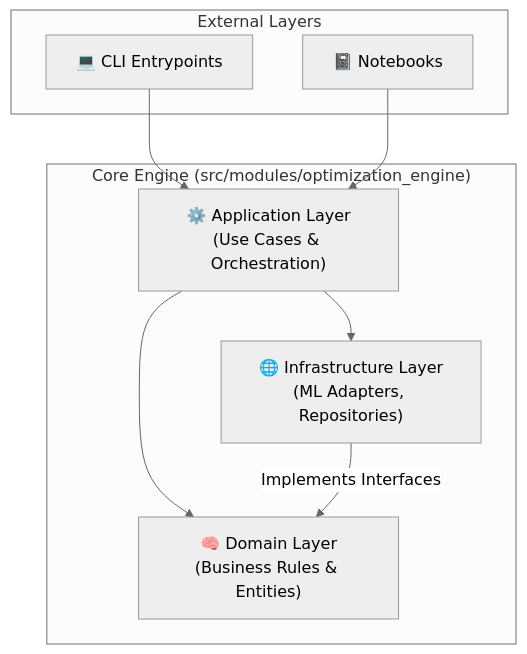
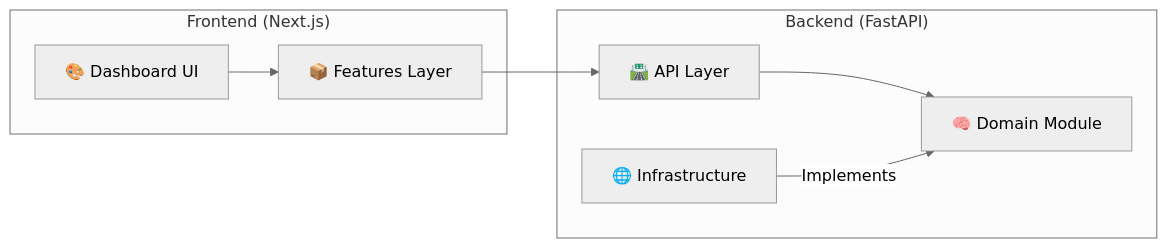
Before and after one commit to Nicola-Ibrahim/Tracing-Objectives-Backwards: the diagram in README.md, drawn with Mermaid (neutral theme). The commit also changed other lines of this file and 15 other files, not shown here.

````diff
--- a/README.md
+++ b/README.md
@@ -44,19 +45,18 @@
 ```mermaid
-graph TD
-    subgraph "External Layers"
-        CLI["💻 CLI Entrypoints"]
-        NB["📓 Notebooks"]
+graph LR
+    subgraph "Frontend (Next.js)"
+        UI["🎨 Dashboard UI"]
+        feat["📦 Features Layer"]
     end
 
-    subgraph "Core Engine (src/modules/optimization_engine)"
-        APP["⚙️ Application Layer<br/>(Use Cases & Orchestration)"]
-        DOM["🧠 Domain Layer<br/>(Business Rules & Entities)"]
-        INF["🌐 Infrastructure Layer<br/>(ML Adapters, Repositories)"]
+    subgraph "Backend (FastAPI)"
+        api["🛣️ API Layer"]
+        dom["🧠 Domain Module"]
+        inf["🌐 Infrastructure"]
     end
 
-    CLI --> APP
-    NB --> APP
-    APP --> DOM
-    INF -- Implements Interfaces --> DOM
-    APP --> INF
+    UI --> feat
+    feat --> api
+    api --> dom
+    inf -- "Implements" --> dom
 ```
````
